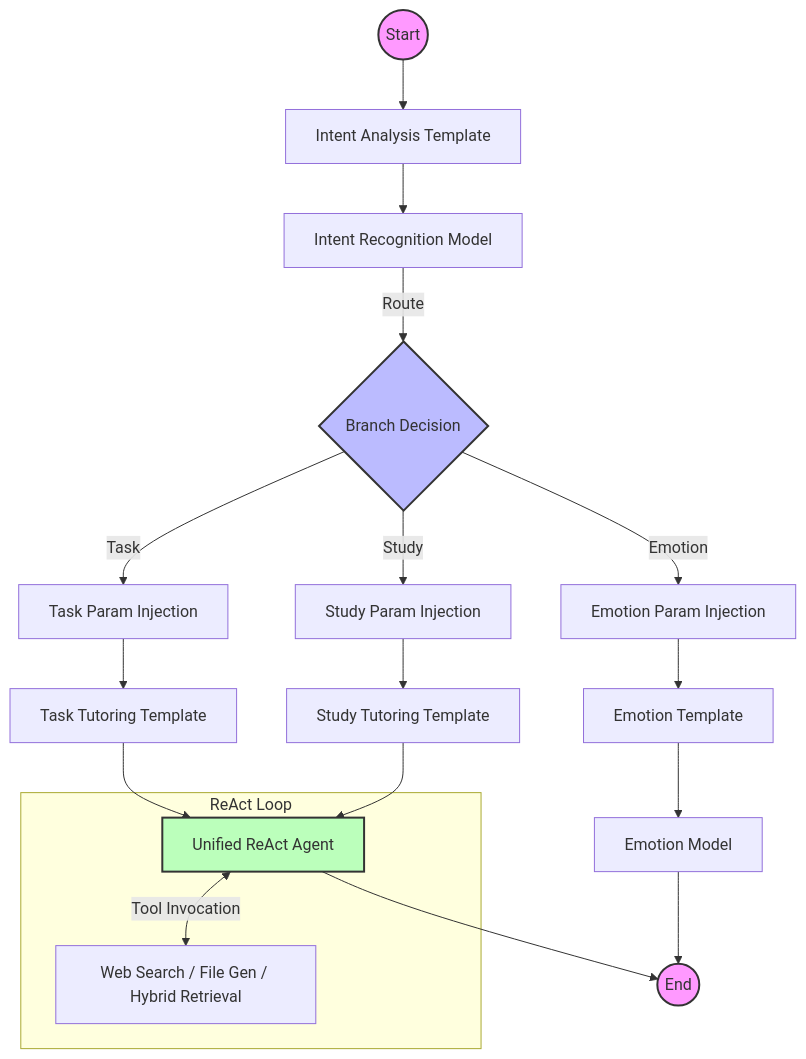
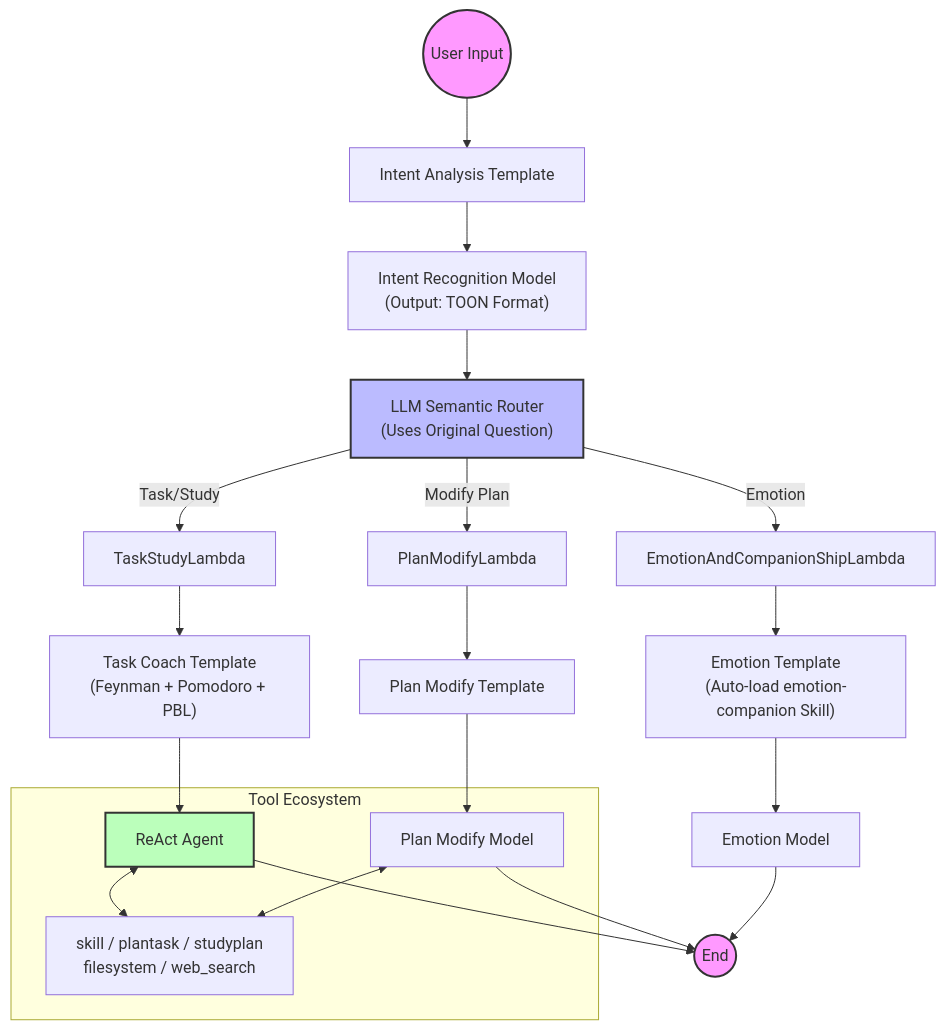
The diagram in README.md (VH992098059/StudyCoach), drawn with Mermaid before and after one commit. The commit also changed other lines of this file and 36 other files, not shown here.

````diff
--- a/README.md
+++ b/README.md
@@ -43,34 +50,33 @@
 ```mermaid
 graph TD
-    Start(("Start")) --> AnalysisTemplate["Intent Analysis Template"]
-    AnalysisTemplate --> AnalysisModel["Intent Recognition Model"]
-    
-    AnalysisModel -->|"Route"| Branch{"Branch Decision"}
-    
-    %% Branch 1: Emotional Companionship
-    Branch -->|"Emotion"| EmotionLambda["Emotion Param Injection"]
-    EmotionLambda --> EmotionTemplate["Emotion Template"]
+    Start(("User Input")) --> AnalysisTemplate["Intent Analysis Template"]
+    AnalysisTemplate --> AnalysisModel["Intent Recognition Model<br/>(Output: TOON Format)"]
+
+    AnalysisModel --> Branch["LLM Semantic Router<br/>(Uses Original Question)"]
+
+    Branch -->|"Emotion"| EmotionLambda["EmotionAndCompanionShipLambda"]
+    EmotionLambda --> EmotionTemplate["Emotion Template<br/>(Auto-load emotion-companion Skill)"]
     EmotionTemplate --> EmotionModel["Emotion Model"]
     EmotionModel --> End(("End"))
-    
-    %% Branch 2 & 3: Task Tutoring & Knowledge Learning (ReAct)
-    Branch -->|"Task"| TaskLambda["Task Param Injection"]
-    Branch -->|"Study"| StudyLambda["Study Param Injection"]
-    
-    TaskLambda --> TaskTemplate["Task Tutoring Template"]
-    StudyLambda --> StudyTemplate["Study Tutoring Template"]
-    
-    TaskTemplate --> UnifiedReActAgent["Unified ReAct Agent"]
-    StudyTemplate --> UnifiedReActAgent
-    
-    subgraph ReActLoop ["ReAct Loop"]
-        UnifiedReActAgent <-->|"Tool Invocation"| Tools["Web Search / File Gen / Hybrid Retrieval"]
+
+    Branch -->|"Task/Study"| TaskLambda["TaskStudyLambda"]
+    TaskLambda --> TaskTemplate["Task Coach Template<br/>(Feynman + Pomodoro + PBL)"]
+    TaskTemplate --> ReActAgent["ReAct Agent"]
+
+    Branch -->|"Modify Plan"| PlanLambda["PlanModifyLambda"]
+    PlanLambda --> PlanTemplate["Plan Modify Template"]
+    PlanTemplate --> PlanModel["Plan Modify Model"]
+
+    subgraph Tools ["Tool Ecosystem"]
+        ReActAgent <--> ToolSet["skill / plantask / studyplan<br/>filesystem / web_search"]
+        PlanModel <--> ToolSet
     end
-    
-    UnifiedReActAgent --> End
+
+    ReActAgent --> End
+    PlanModel --> End
 
     style Start fill:#f9f,stroke:#333,stroke-width:2px
     style End fill:#f9f,stroke:#333,stroke-width:2px
     style Branch fill:#bbf,stroke:#333,stroke-width:2px
-    style UnifiedReActAgent fill:#bfb,stroke:#333,stroke-width:2px
+    style ReActAgent fill:#bfb,stroke:#333,stroke-width:2px
 ```
````
